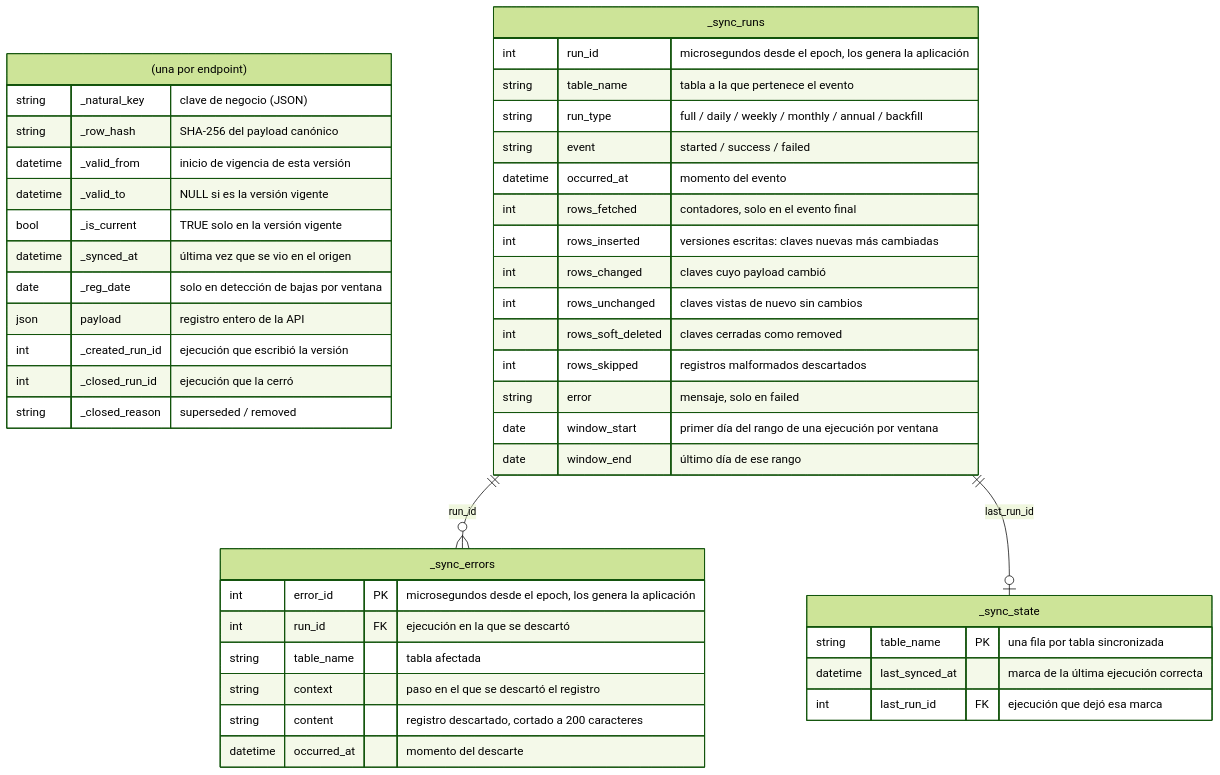
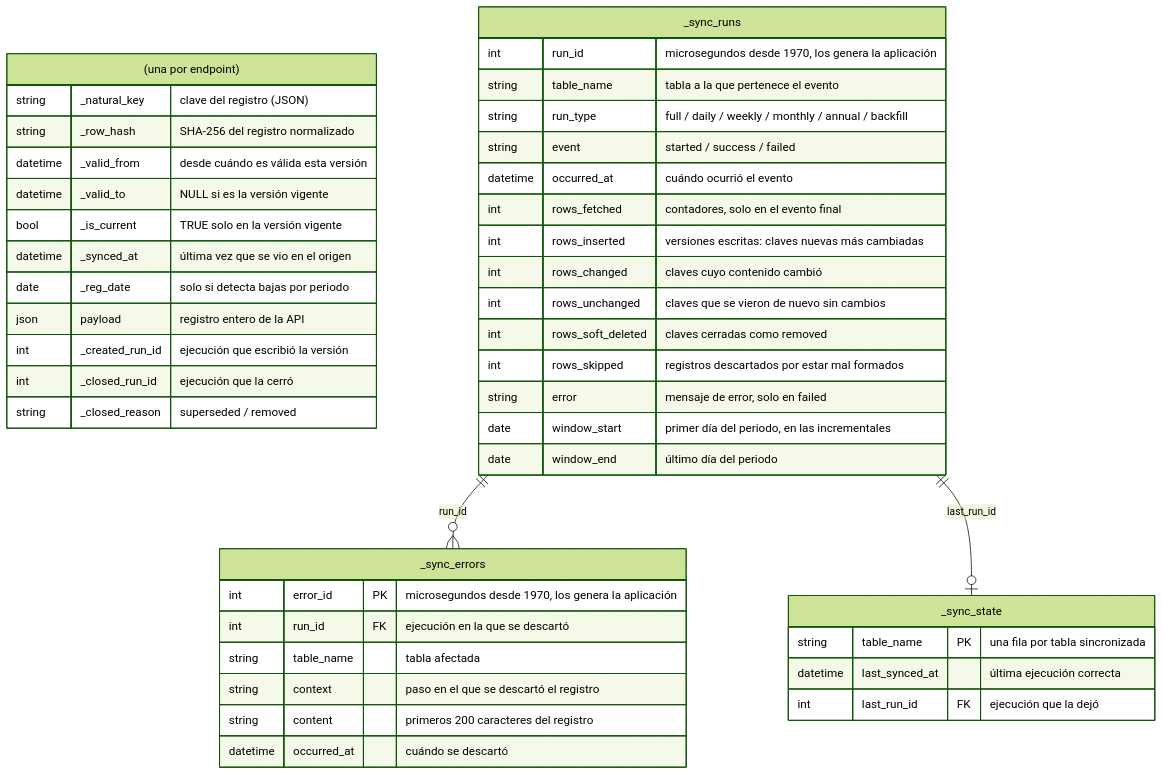
The first of 2 diagrams in docs/sync/reference/data-model.md (cruzlorite/bdns-fetch), drawn with Mermaid (forest theme) before and after one commit. The commit also changed other lines of this file and 39 other files, not shown here.

````diff
--- a/docs/sync/reference/data-model.md
+++ b/docs/sync/reference/data-model.md
@@ -25,47 +24,47 @@
 ```mermaid
 erDiagram
     "<entidad> (una por endpoint)" {
-        string  _natural_key   "clave de negocio (JSON)"
-        string  _row_hash      "SHA-256 del payload canónico"
-        datetime _valid_from   "inicio de vigencia de esta versión"
+        string  _natural_key   "clave del registro (JSON)"
+        string  _row_hash      "SHA-256 del registro normalizado"
+        datetime _valid_from   "desde cuándo es válida esta versión"
         datetime _valid_to     "NULL si es la versión vigente"
         bool    _is_current    "TRUE solo en la versión vigente"
         datetime _synced_at    "última vez que se vio en el origen"
-        date    _reg_date      "solo en detección de bajas por ventana"
+        date    _reg_date      "solo si detecta bajas por periodo"
         json    payload        "registro entero de la API"
         int     _created_run_id "ejecución que escribió la versión"
         int     _closed_run_id "ejecución que la cerró"
         string  _closed_reason "superseded / removed"
     }
     _sync_state {
         string   table_name PK "una fila por tabla sincronizada"
-        datetime last_synced_at "marca de la última ejecución correcta"
-        int      last_run_id FK "ejecución que dejó esa marca"
+        datetime last_synced_at "última ejecución correcta"
+        int      last_run_id FK "ejecución que la dejó"
     }
     _sync_runs {
-        int      run_id        "microsegundos desde el epoch, los genera la aplicación"
+        int      run_id        "microsegundos desde 1970, los genera la aplicación"
         string   table_name    "tabla a la que pertenece el evento"
         string   run_type      "full / daily / weekly / monthly / annual / backfill"
         string   event         "started / success / failed"
-        datetime occurred_at   "momento del evento"
+        datetime occurred_at   "cuándo ocurrió el evento"
         int      rows_fetched  "contadores, solo en el evento final"
         int      rows_inserted "versiones escritas: claves nuevas más cambiadas"
-        int      rows_changed  "claves cuyo payload cambió"
-        int      rows_unchanged "claves vistas de nuevo sin cambios"
+        int      rows_changed  "claves cuyo contenido cambió"
+        int      rows_unchanged "claves que se vieron de nuevo sin cambios"
         int      rows_soft_deleted "claves cerradas como removed"
-        int      rows_skipped  "registros malformados descartados"
-        string   error         "mensaje, solo en failed"
-        date     window_start  "primer día del rango de una ejecución por ventana"
-        date     window_end    "último día de ese rango"
+        int      rows_skipped  "registros descartados por estar mal formados"
+        string   error         "mensaje de error, solo en failed"
+        date     window_start  "primer día del periodo, en las incrementales"
+        date     window_end    "último día del periodo"
     }
     _sync_errors {
-        int      error_id PK   "microsegundos desde el epoch, los genera la aplicación"
+        int      error_id PK   "microsegundos desde 1970, los genera la aplicación"
         int      run_id FK     "ejecución en la que se descartó"
         string   table_name    "tabla afectada"
         string   context       "paso en el que se descartó el registro"
-        string   content       "registro descartado, cortado a 200 caracteres"
-        datetime occurred_at   "momento del descarte"
+        string   content       "primeros 200 caracteres del registro"
+        datetime occurred_at   "cuándo se descartó"
     }
     _sync_runs ||--o{ _sync_errors : "run_id"
     _sync_runs ||--o| _sync_state : "last_run_id"
 ```
````
